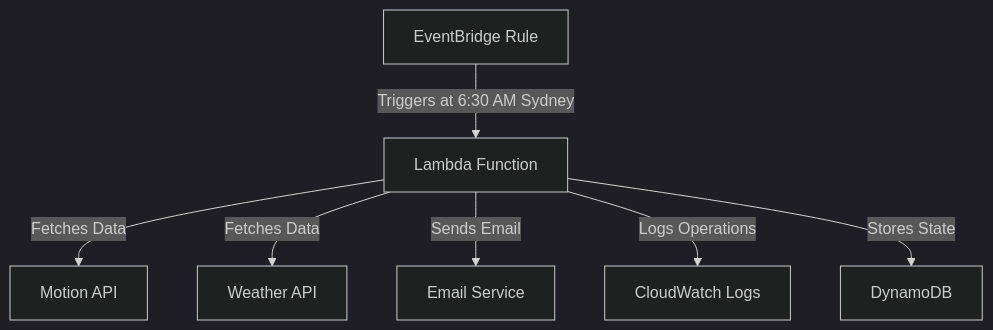
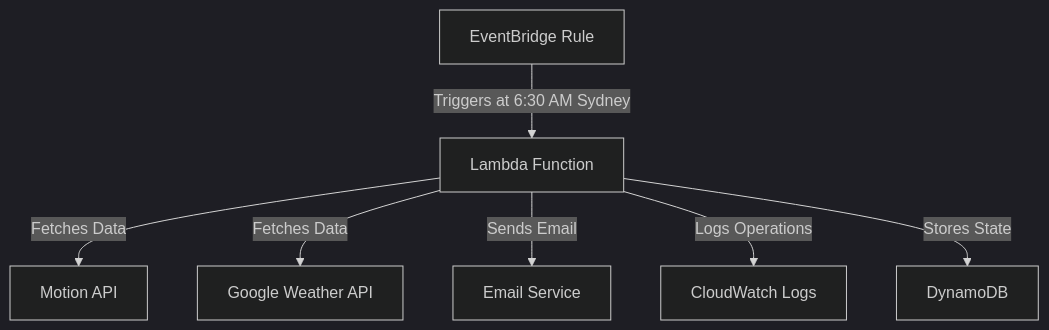
One commit to firsthalfhero/daily_digest changed the diagram in docs/ARCHITECTURE.md. Above: the diagram before and after it, drawn with Mermaid (dark theme). The commit also changed other lines of this file and 15 other files, not shown here.

Commit message:
Update Weather to Google API

````diff
--- a/docs/ARCHITECTURE.md
+++ b/docs/ARCHITECTURE.md
@@ -25,9 +27,9 @@
 ```mermaid
 graph TD
     A[EventBridge Rule] -->|Triggers at 6:30 AM Sydney| B[Lambda Function]
     B -->|Fetches Data| C[Motion API]
-    B -->|Fetches Data| D[Weather API]
+    B -->|Fetches Data| D[Google Weather API]
     B -->|Sends Email| E[Email Service]
     B -->|Logs Operations| F[CloudWatch Logs]
     B -->|Stores State| G[DynamoDB]
 ```
````
